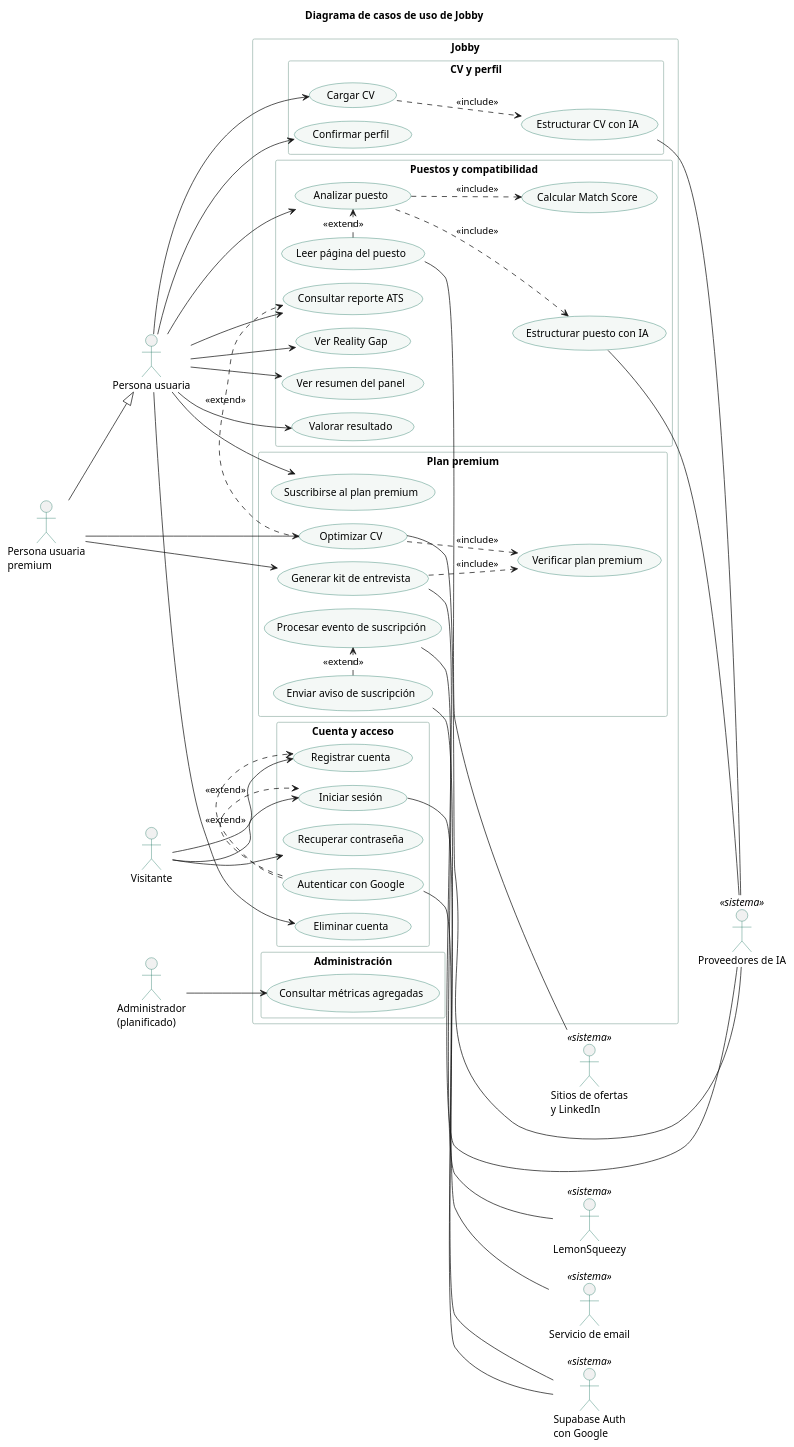
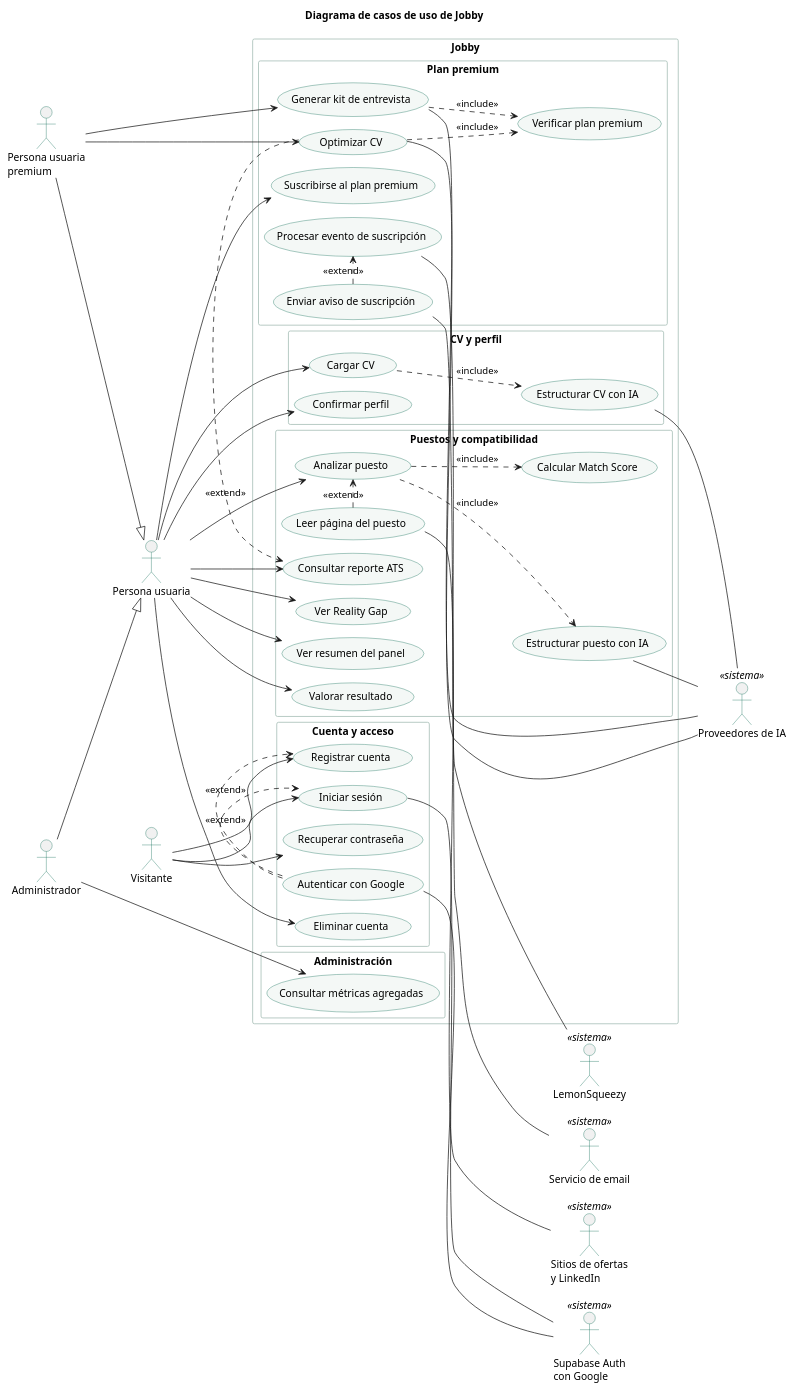
One commit to Buatishi/Jobby changed the diagram in docs/diagramas/casos-de-uso.puml. Above: the diagram before and after it, drawn with PlantUML. The commit also changed 33 other files, not shown here.

```diff
--- a/docs/diagramas/casos-de-uso.puml
+++ b/docs/diagramas/casos-de-uso.puml
@@ -1,105 +1,106 @@
 @startuml
 !pragma layout smetana
 left to right direction
 skinparam shadowing false
 skinparam defaultFontName "Segoe UI"
 skinparam usecase {
   BackgroundColor #F4F8F6
   BorderColor #0F6E56
 }
 skinparam actor {
   BorderColor #0F6E56
 }
 skinparam rectangle {
   BorderColor #9DB8AF
 }
 title Diagrama de casos de uso de Jobby
 
 actor "Visitante" as V
 actor "Persona usuaria" as U
 actor "Persona usuaria\npremium" as P
-actor "Administrador\n(planificado)" as A
+actor "Administrador" as A
 
 rectangle "Jobby" {
   rectangle "Cuenta y acceso" {
     usecase "Registrar cuenta" as CU01
     usecase "Iniciar sesión" as CU02
     usecase "Recuperar contraseña" as CU03
     usecase "Autenticar con Google" as CU04
     usecase "Eliminar cuenta" as CU22
   }
   rectangle "CV y perfil" {
     usecase "Cargar CV" as CU05
     usecase "Estructurar CV con IA" as CU06
     usecase "Confirmar perfil" as CU07
   }
   rectangle "Puestos y compatibilidad" {
     usecase "Analizar puesto" as CU08
     usecase "Leer página del puesto" as CU09
     usecase "Estructurar puesto con IA" as CU10
     usecase "Calcular Match Score" as CU11
     usecase "Consultar reporte ATS" as CU12
     usecase "Ver Reality Gap" as CU13
     usecase "Ver resumen del panel" as CU17
     usecase "Valorar resultado" as CU18
   }
   rectangle "Plan premium" {
     usecase "Optimizar CV" as CU14
     usecase "Generar kit de entrevista" as CU15
     usecase "Verificar plan premium" as CU16
     usecase "Suscribirse al plan premium" as CU19
     usecase "Procesar evento de suscripción" as CU20
     usecase "Enviar aviso de suscripción" as CU21
   }
   rectangle "Administración" {
     usecase "Consultar métricas agregadas" as CU23
   }
 }
 
 actor "Supabase Auth\ncon Google" as ID <<sistema>>
 actor "Proveedores de IA" as IA <<sistema>>
 actor "Sitios de ofertas\ny LinkedIn" as W <<sistema>>
 actor "LemonSqueezy" as LS <<sistema>>
 actor "Servicio de email" as EM <<sistema>>
 
 P --|> U
+A --|> U
 
 V --> CU01
 V --> CU02
 V --> CU03
 CU04 .> CU01 : <<extend>>
 CU04 .> CU02 : <<extend>>
 
 U --> CU05
 U --> CU07
 U --> CU08
 U --> CU12
 U --> CU13
 U --> CU17
 U --> CU18
 U --> CU19
 U --> CU22
 P --> CU14
 P --> CU15
 
 CU05 ..> CU06 : <<include>>
 CU08 ..> CU10 : <<include>>
 CU08 ..> CU11 : <<include>>
 CU09 .> CU08 : <<extend>>
 CU14 .> CU12 : <<extend>>
 CU14 ..> CU16 : <<include>>
 CU15 ..> CU16 : <<include>>
 CU21 .> CU20 : <<extend>>
 
 A --> CU23
 
 CU02 -- ID
 CU04 -- ID
 CU06 -- IA
 CU10 -- IA
 CU14 -- IA
 CU15 -- IA
 CU09 -- W
 CU20 -- LS
 CU21 -- EM
 @enduml
```
